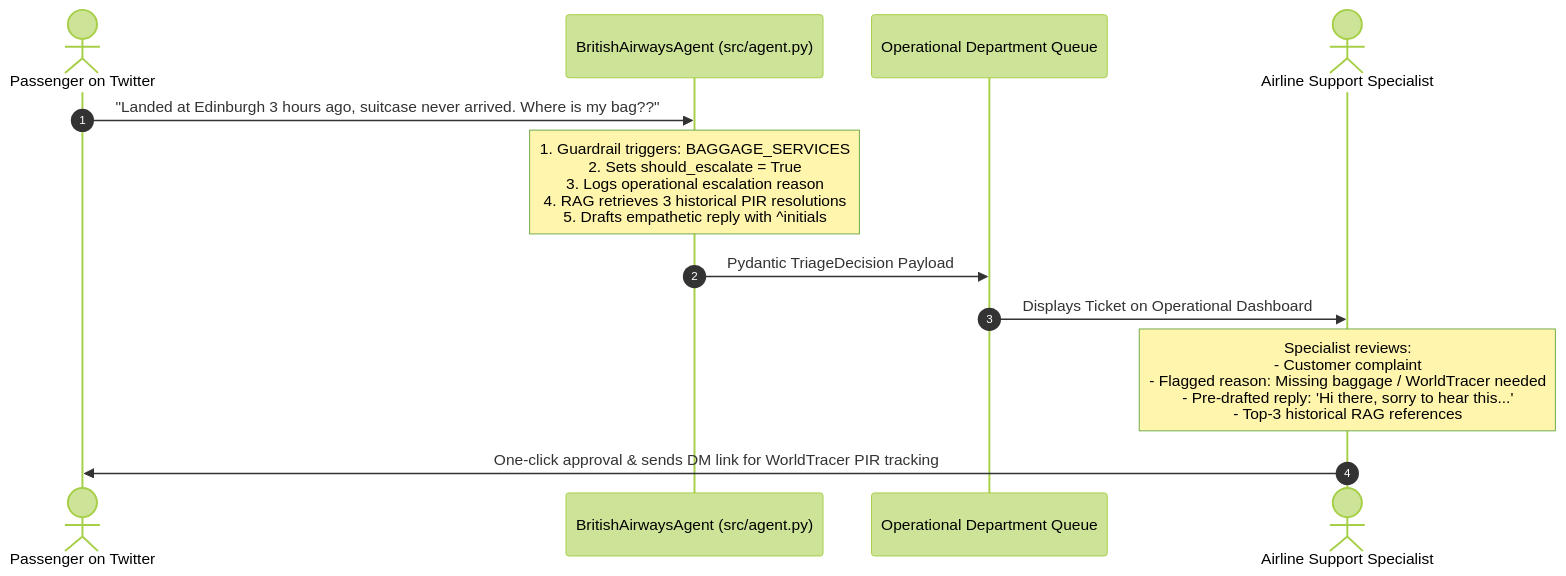
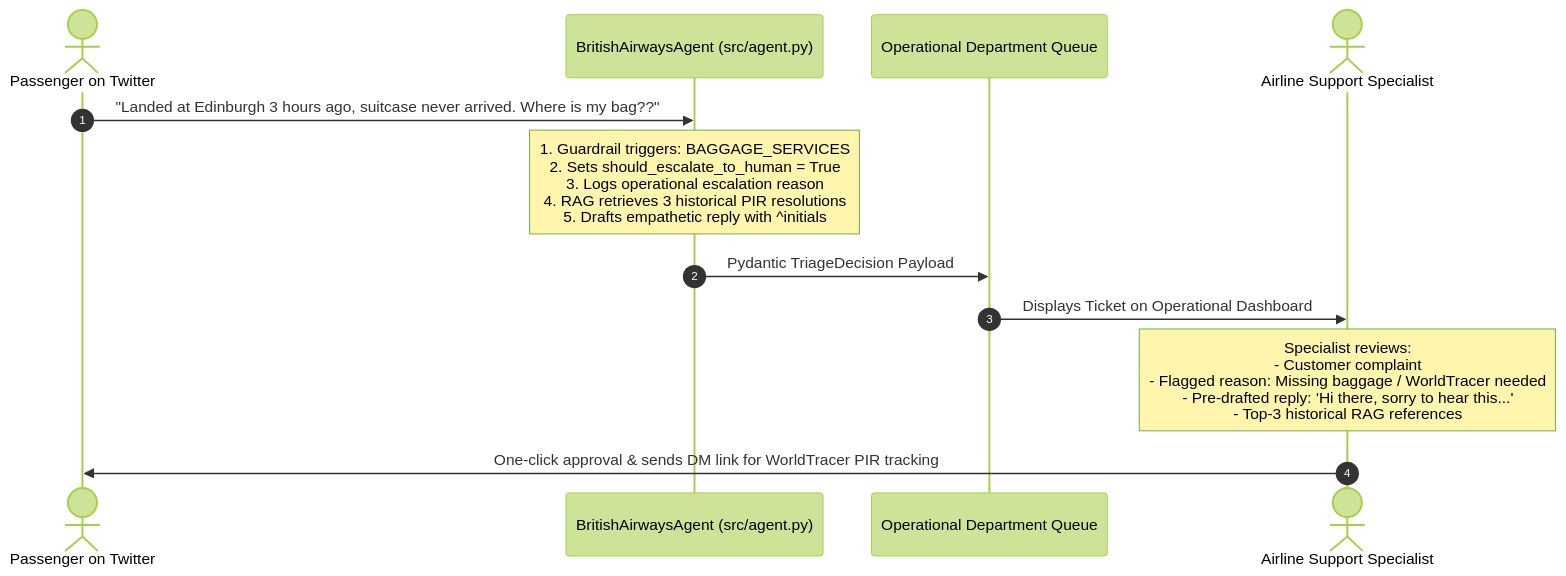
The second of 2 diagrams in docs/Human_Agent.md (Nikhil4002-50-82/Hiver-Assignment), drawn with Mermaid (forest theme) before and after one commit. The commit also changed other lines of this file and 7 other files, not shown here.

````diff
--- a/docs/Human_Agent.md
+++ b/docs/Human_Agent.md
@@ -68,15 +68,15 @@
 ```mermaid
 sequenceDiagram
     autonumber
     actor Customer as Passenger on Twitter
     participant Agent as BritishAirwaysAgent (src/agent.py)
     participant Queue as Operational Department Queue
     actor Human as Airline Support Specialist
     
     Customer->>Agent: "Landed at Edinburgh 3 hours ago, suitcase never arrived. Where is my bag??"
-    Note over Agent: 1. Guardrail triggers: BAGGAGE_SERVICES<br/>2. Sets should_escalate = True<br/>3. Logs operational escalation reason<br/>4. RAG retrieves 3 historical PIR resolutions<br/>5. Drafts empathetic reply with ^initials
+    Note over Agent: 1. Guardrail triggers: BAGGAGE_SERVICES<br/>2. Sets should_escalate_to_human = True<br/>3. Logs operational escalation reason<br/>4. RAG retrieves 3 historical PIR resolutions<br/>5. Drafts empathetic reply with ^initials
     Agent->>Queue: Pydantic TriageDecision Payload
     Queue->>Human: Displays Ticket on Operational Dashboard
     Note over Human: Specialist reviews:<br/>- Customer complaint<br/>- Flagged reason: Missing baggage / WorldTracer needed<br/>- Pre-drafted reply: 'Hi there, sorry to hear this...'<br/>- Top-3 historical RAG references
     Human->>Customer: One-click approval & sends DM link for WorldTracer PIR tracking
 ```
````
